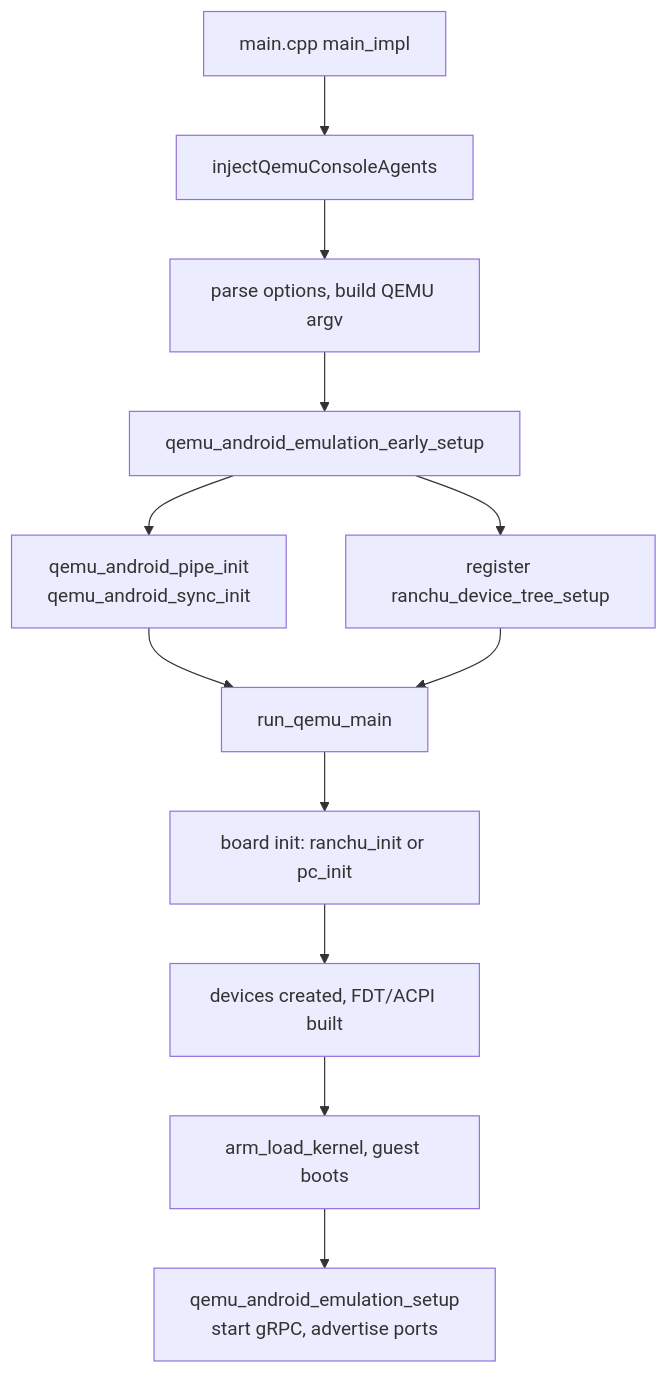
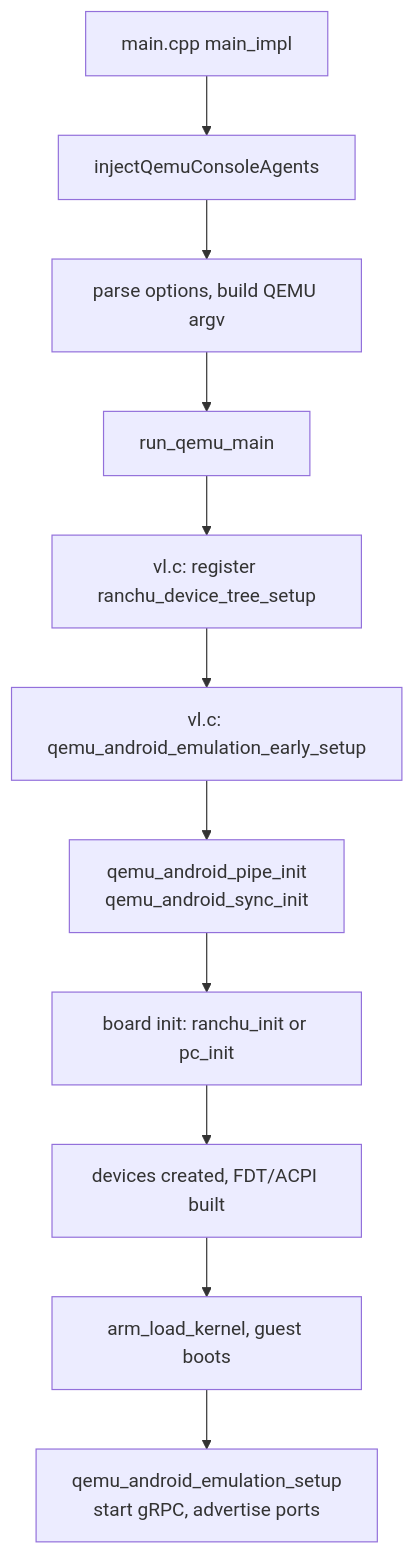
Before and after one commit to aospbooks/android-emulator-internal-book: the seventh of 8 diagrams in 04-qemu-fork.md, drawn with Mermaid. The commit also changed other lines of this file and 21 other files, not shown here.

First line of the commit message:
Review pass: verify accuracy, fix mermaid parse error, converge chapters

````diff
--- a/04-qemu-fork.md
+++ b/04-qemu-fork.md
@@ -541,14 +541,13 @@
 ```mermaid
 graph TD
     A["main.cpp main_impl"] --> B["injectQemuConsoleAgents"]
     B --> C["parse options, build QEMU argv"]
-    C --> D["qemu_android_emulation_early_setup"]
+    C --> G["run_qemu_main"]
+    G --> F["vl.c: register ranchu_device_tree_setup"]
+    F --> D["vl.c: qemu_android_emulation_early_setup"]
     D --> E["qemu_android_pipe_init<br/>qemu_android_sync_init"]
-    D --> F["register ranchu_device_tree_setup"]
-    E --> G["run_qemu_main"]
-    F --> G
-    G --> H["board init: ranchu_init or pc_init"]
+    E --> H["board init: ranchu_init or pc_init"]
     H --> I["devices created, FDT/ACPI built"]
     I --> J["arm_load_kernel, guest boots"]
     J --> K["qemu_android_emulation_setup<br/>start gRPC, advertise ports"]
 ```
````
